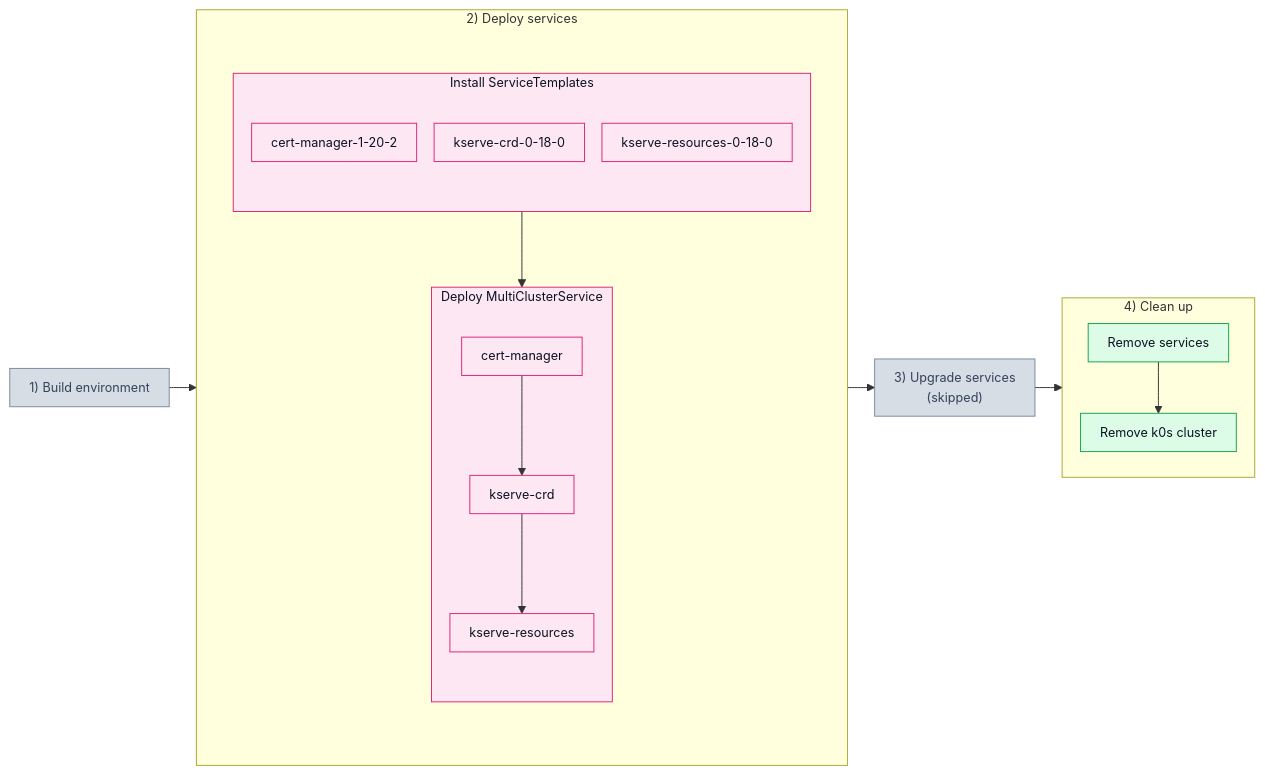
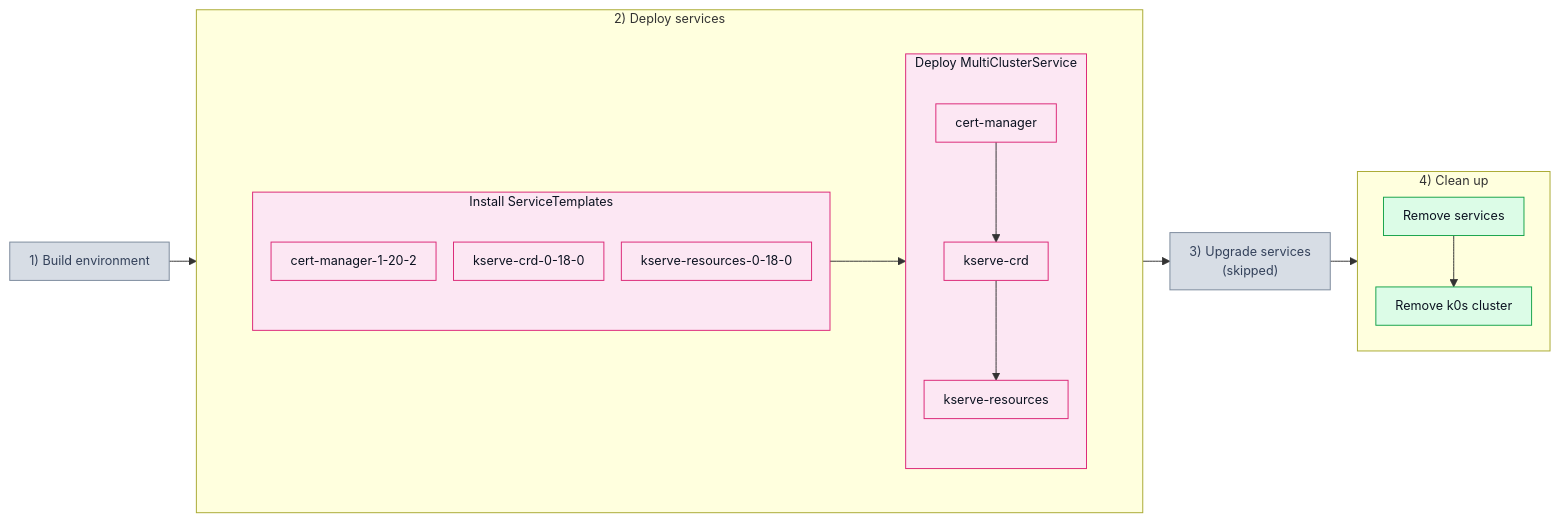
Before and after one commit to josef-hak/ksm-tests: the second of 2 diagrams in test_scenarios/201_svcdep.md, drawn with Mermaid.

Commit message:
docs: put the phase 2 sub-blocks side by side

````diff
--- a/test_scenarios/201_svcdep.md
+++ b/test_scenarios/201_svcdep.md
@@ -29,42 +29,42 @@
 ```mermaid
 %%{init: {'themeVariables': {'fontFamily': 'ui-monospace, SFMono-Regular, Menlo, Consolas, monospace', 'fontSize': '13px'}, 'flowchart': {'padding': 10, 'nodeSpacing': 18, 'rankSpacing': 28}}}%%
 flowchart LR
     P1["1) Build environment"]
 
     subgraph P2["2) Deploy services"]
         subgraph W2[" "]
-            direction TB
+            direction LR
             subgraph D1["Install ServiceTemplates"]
                 direction TB
                 T1["cert-manager-1-20-2"]
                 T2["kserve-crd-0-18-0"]
                 T3["kserve-resources-0-18-0"]
             end
 
             subgraph D2["Deploy MultiClusterService"]
                 direction TB
                 M1["cert-manager"] --> M2["kserve-crd"] --> M3["kserve-resources"]
             end
 
             D1 --> D2
         end
     end
 
     P3["3) Upgrade services<br/>(skipped)"]
 
     subgraph P4["4) Clean up"]
         C1["Remove services"] --> C2["Remove k0s cluster"]
     end
 
     P1 --> P2 --> P3 --> P4
 
     classDef off fill:#d7dde5,stroke:#7c8a9c,color:#33415a
     classDef pink fill:#fce7f3,stroke:#db2777,color:#0b1220
     classDef green fill:#dcfce7,stroke:#16a34a,color:#0b1220
     classDef bare fill:none,stroke:none
 
     class P1,P3 off
     class D1,D2,T1,T2,T3,M1,M2,M3 pink
     class C1,C2 green
     class W2 bare
 ```
````
